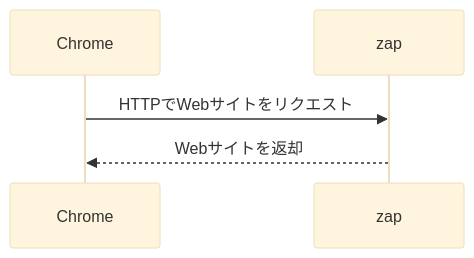
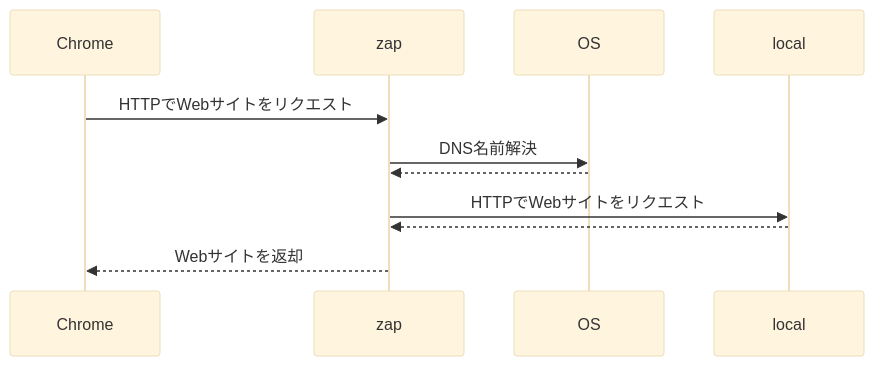
Before and after one commit to xhiroga/zenn-content: the diagram in articles/owasp-zap-localhost-subdomain.md, drawn with Mermaid (base theme).

Commit message:
chore: ちょい足し

````diff
--- a/articles/owasp-zap-localhost-subdomain.md
+++ b/articles/owasp-zap-localhost-subdomain.md
@@ -44,5 +44,9 @@
 ```mermaid
 sequenceDiagram
     Chrome->>zap: HTTPでWebサイトをリクエスト
+    zap->>OS: DNS名前解決
+    OS-->>zap: 
+    zap->>local: HTTPでWebサイトをリクエスト
+    local-->>zap: 
     zap-->>Chrome: Webサイトを返却
 ```
````
